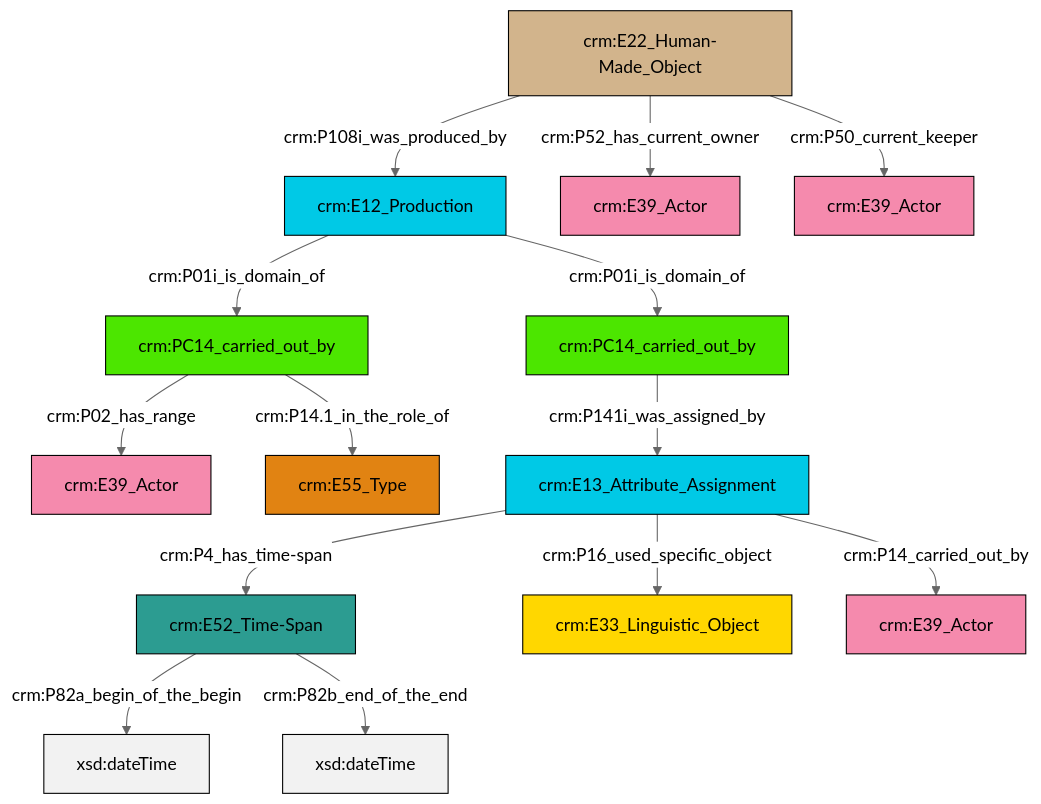
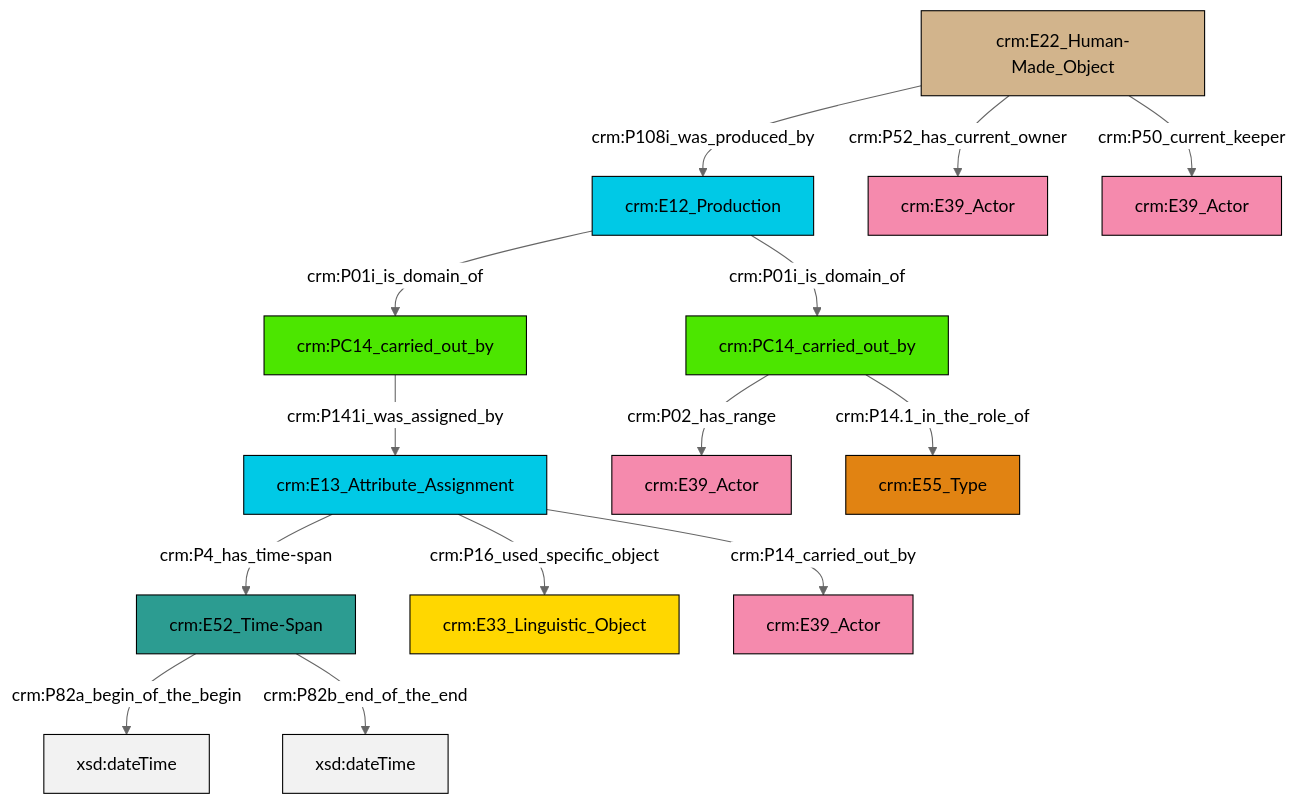
The diagram in et/carrierCSV/ttl/mmd/carrier_relations.ttl.mmd (swiss-art-research-net/docs.swissartresearch), drawn with Mermaid (neutral theme) before and after one commit. The commit also changed 201 other files, not shown here.

```diff
--- a/et/carrierCSV/ttl/mmd/carrier_relations.ttl.mmd
+++ b/et/carrierCSV/ttl/mmd/carrier_relations.ttl.mmd
@@ -1,28 +1,28 @@
 graph TD
 classDef Literal fill:#f2f2f2,stroke:#000000;
 classDef CRM_Entity fill:#FFFFFF,stroke:#000000;
 classDef Temporal_Entity fill:#00C9E6, stroke:#000000;
 classDef Type fill:#E18312, stroke:#000000;
 classDef Time-Span fill:#2C9C91, stroke:#000000;
 classDef Appellation fill:#FFEB7F, stroke:#000000;
 classDef Place fill:#008836, stroke:#000000;
 classDef Persistent_Item fill:#B266B2, stroke:#000000;
 classDef Conceptual_Object fill:#FFD700, stroke:#000000;
 classDef Physical_Thing fill:#D2B48C, stroke:#000000;
 classDef Actor fill:#f58aad, stroke:#000000;
 classDef PC_Classes fill:#4ce600, stroke:#000000;
 classDef Multi fill:#cccccc,stroke:#000000;
 
-0["crm:E12_Production"]:::Temporal_Entity -->|crm:P01i_is_domain_of| 1["crm:PC14_carried_out_by"]:::PC_Classes
-0["crm:E12_Production"]:::Temporal_Entity -->|crm:P01i_is_domain_of| 2["crm:PC14_carried_out_by"]:::PC_Classes
-1["crm:PC14_carried_out_by"]:::PC_Classes -->|crm:P02_has_range| 3["crm:E39_Actor"]:::Actor
-2["crm:PC14_carried_out_by"]:::PC_Classes -->|crm:P141i_was_assigned_by| 4["crm:E13_Attribute_Assignment"]:::Temporal_Entity
-6["crm:E22_Human-Made_Object"]:::Physical_Thing -->|crm:P108i_was_produced_by| 0["crm:E12_Production"]:::Temporal_Entity
-4["crm:E13_Attribute_Assignment"]:::Temporal_Entity -->|crm:P4_has_time-span| 10["crm:E52_Time-Span"]:::Time-Span
-10["crm:E52_Time-Span"]:::Time-Span -->|crm:P82a_begin_of_the_begin| 11[xsd:dateTime]:::Literal
-1["crm:PC14_carried_out_by"]:::PC_Classes -->|crm:P14.1_in_the_role_of| 17["crm:E55_Type"]:::Type
-6["crm:E22_Human-Made_Object"]:::Physical_Thing -->|crm:P52_has_current_owner| 18["crm:E39_Actor"]:::Actor
-4["crm:E13_Attribute_Assignment"]:::Temporal_Entity -->|crm:P16_used_specific_object| 15["crm:E33_Linguistic_Object"]:::Conceptual_Object
-4["crm:E13_Attribute_Assignment"]:::Temporal_Entity -->|crm:P14_carried_out_by| 8["crm:E39_Actor"]:::Actor
-6["crm:E22_Human-Made_Object"]:::Physical_Thing -->|crm:P50_current_keeper| 21["crm:E39_Actor"]:::Actor
-10["crm:E52_Time-Span"]:::Time-Span -->|crm:P82b_end_of_the_end| 24[xsd:dateTime]:::Literal
+0["crm:PC14_carried_out_by"]:::PC_Classes -->|crm:P141i_was_assigned_by| 1["crm:E13_Attribute_Assignment"]:::Temporal_Entity
+2["crm:E52_Time-Span"]:::Time-Span -->|crm:P82a_begin_of_the_begin| 3[xsd:dateTime]:::Literal
+1["crm:E13_Attribute_Assignment"]:::Temporal_Entity -->|crm:P16_used_specific_object| 4["crm:E33_Linguistic_Object"]:::Conceptual_Object
+5["crm:E12_Production"]:::Temporal_Entity -->|crm:P01i_is_domain_of| 6["crm:PC14_carried_out_by"]:::PC_Classes
+6["crm:PC14_carried_out_by"]:::PC_Classes -->|crm:P02_has_range| 8["crm:E39_Actor"]:::Actor
+1["crm:E13_Attribute_Assignment"]:::Temporal_Entity -->|crm:P4_has_time-span| 2["crm:E52_Time-Span"]:::Time-Span
+2["crm:E52_Time-Span"]:::Time-Span -->|crm:P82b_end_of_the_end| 16[xsd:dateTime]:::Literal
+1["crm:E13_Attribute_Assignment"]:::Temporal_Entity -->|crm:P14_carried_out_by| 12["crm:E39_Actor"]:::Actor
+14["crm:E22_Human-Made_Object"]:::Physical_Thing -->|crm:P50_current_keeper| 17["crm:E39_Actor"]:::Actor
+5["crm:E12_Production"]:::Temporal_Entity -->|crm:P01i_is_domain_of| 0["crm:PC14_carried_out_by"]:::PC_Classes
+6["crm:PC14_carried_out_by"]:::PC_Classes -->|crm:P14.1_in_the_role_of| 20["crm:E55_Type"]:::Type
+14["crm:E22_Human-Made_Object"]:::Physical_Thing -->|crm:P52_has_current_owner| 10["crm:E39_Actor"]:::Actor
+14["crm:E22_Human-Made_Object"]:::Physical_Thing -->|crm:P108i_was_produced_by| 5["crm:E12_Production"]:::Temporal_Entity
```
